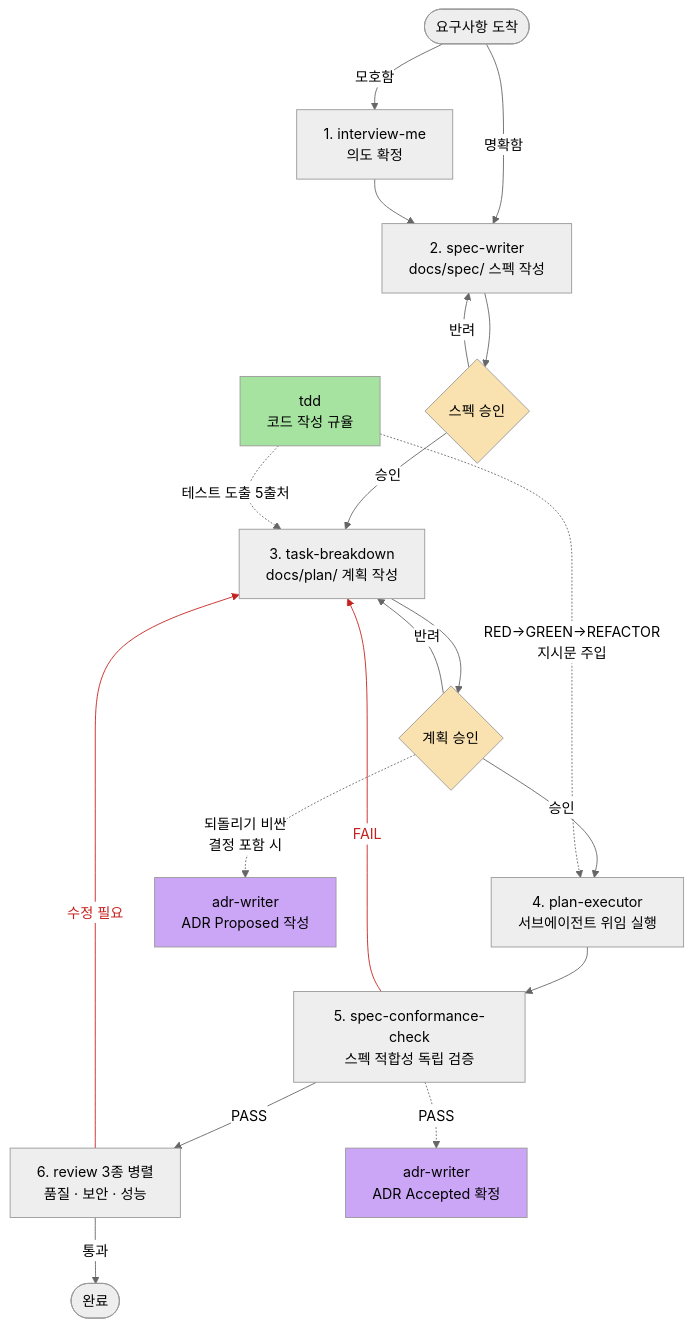
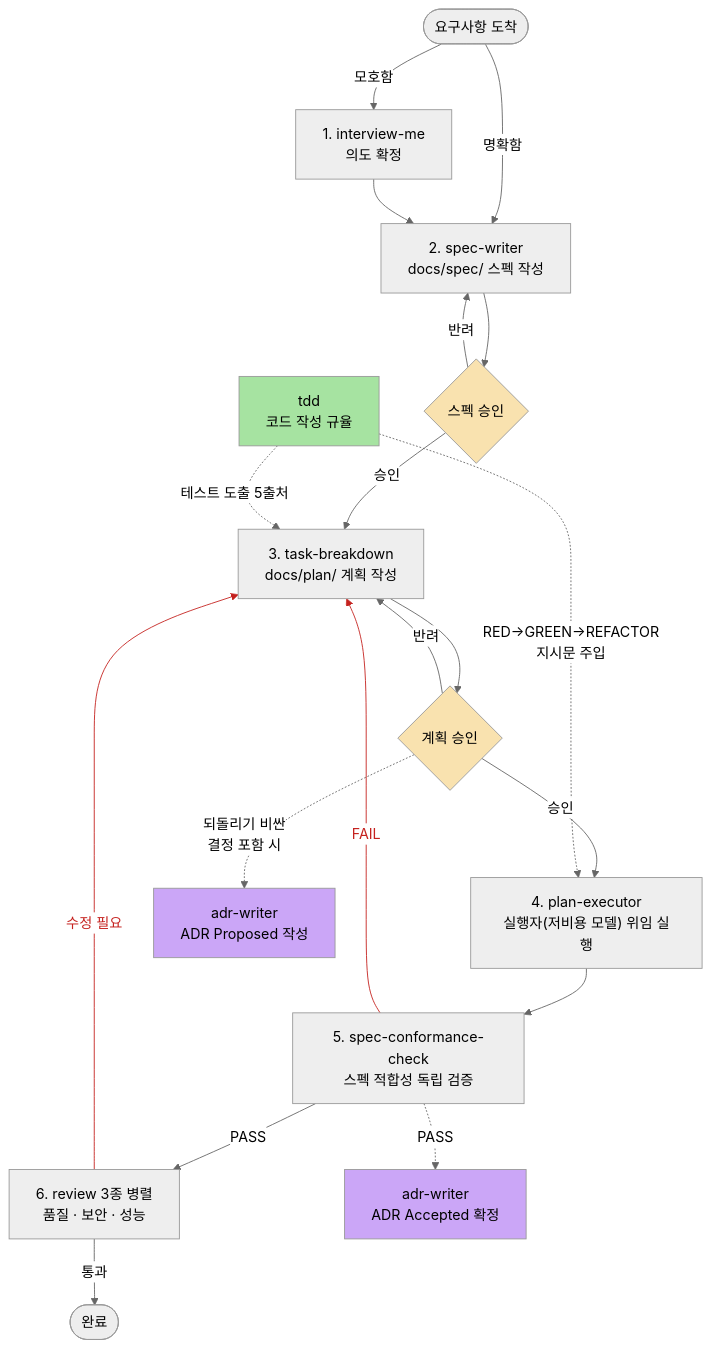
Before and after one commit to nyeonu/skills: the diagram in README.md, drawn with Mermaid (neutral theme). The commit also changed other lines of this file and 19 other files, not shown here.

````diff
--- a/README.md
+++ b/README.md
@@ -73,42 +73,42 @@
 ```mermaid
 flowchart TD
     start([요구사항 도착])
     interview["1. interview-me<br>의도 확정"]
     spec["2. spec-writer<br>docs/spec/ 스펙 작성"]
     gate1{스펙 승인}
     plan["3. task-breakdown<br>docs/plan/ 계획 작성"]
     gate2{계획 승인}
-    exec["4. plan-executor<br>서브에이전트 위임 실행"]
+    exec["4. plan-executor<br>실행자(저비용 모델) 위임 실행"]
     verify["5. spec-conformance-check<br>스펙 적합성 독립 검증"]
     review["6. review 3종 병렬<br>품질 · 보안 · 성능"]
     done([완료])
     adr1["adr-writer<br>ADR Proposed 작성"]
     adr2["adr-writer<br>ADR Accepted 확정"]
     tdd["tdd<br>코드 작성 규율"]
 
     start -->|모호함| interview
     start -->|명확함| spec
     interview --> spec
     spec --> gate1
     gate1 -->|반려| spec
     gate1 -->|승인| plan
     plan --> gate2
     gate2 -->|반려| plan
     gate2 -->|승인| exec
     gate2 -.->|되돌리기 비싼<br>결정 포함 시| adr1
     tdd -.->|테스트 도출 5출처| plan
     tdd -.->|"RED→GREEN→REFACTOR<br>지시문 주입"| exec
     exec --> verify
     verify -->|FAIL| plan
     verify -->|PASS| review
     verify -.->|PASS| adr2
     review -->|수정 필요| plan
     review -->|통과| done
 
     linkStyle 13,16 stroke:#C5221F,color:#C5221F
     style gate1 fill:#f9e2af,color:#000
     style gate2 fill:#f9e2af,color:#000
     style adr1 fill:#cba6f7,color:#000
     style adr2 fill:#cba6f7,color:#000
     style tdd fill:#a6e3a1,color:#000
 ```
````
